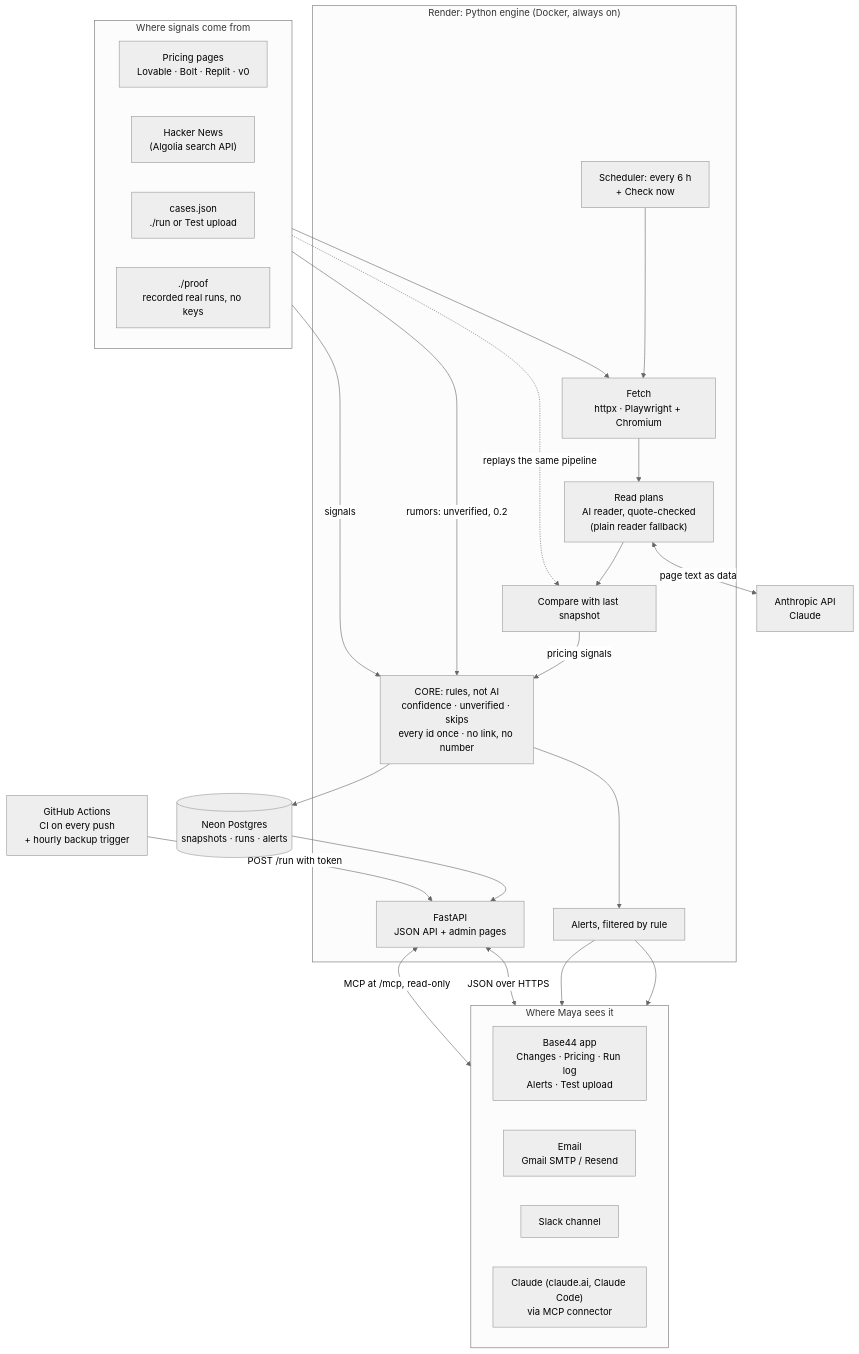
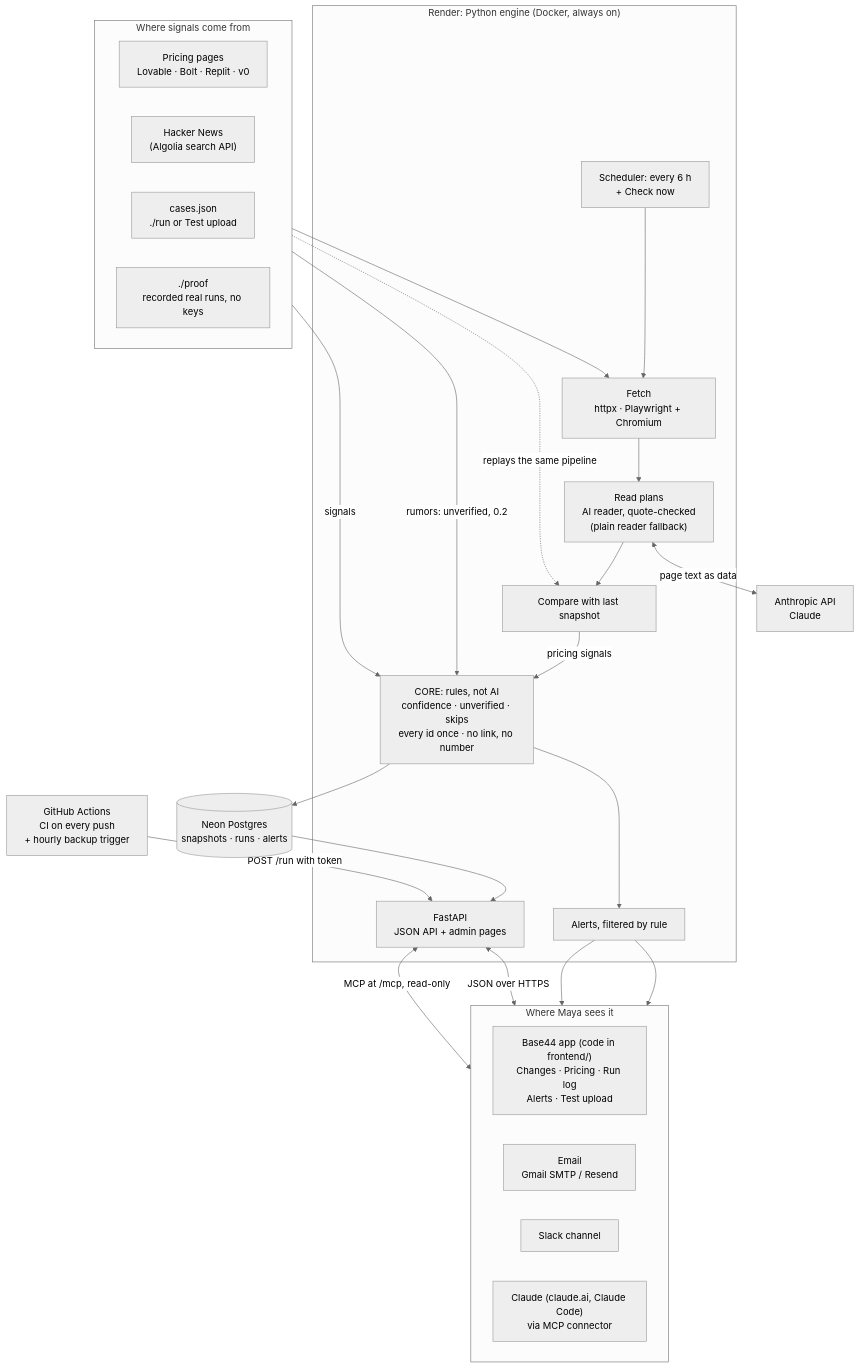
The second of 2 diagrams in README.md (bermanguy/brightloop-ai-marketing-builder), drawn with Mermaid (neutral theme) before and after one commit. The commit also changed other lines of this file and 142 other files, not shown here.

First line of the commit message:
Add the Base44 front end's code as a snapshot in frontend/ (D39)

````diff
--- a/README.md
+++ b/README.md
@@ -79,45 +79,45 @@
 ```mermaid
 flowchart TB
     subgraph inputs["Where signals come from"]
         direction LR
         pages["Pricing pages<br/>Lovable · Bolt · Replit · v0"]
         hn["Hacker News<br/>(Algolia search API)"]
         cases["cases.json<br/>./run or Test upload"]
         proof["./proof<br/>recorded real runs, no keys"]
     end
 
     subgraph render["Render: Python engine (Docker, always on)"]
         sched["Scheduler: every 6 h<br/>+ Check now"]
         fetch["Fetch<br/>httpx · Playwright + Chromium"]
         read["Read plans<br/>AI reader, quote-checked<br/>(plain reader fallback)"]
         compare["Compare with last snapshot"]
         core["CORE: rules, not AI<br/>confidence · unverified · skips<br/>every id once · no link, no number"]
         notify["Alerts, filtered by rule"]
         api["FastAPI<br/>JSON API + admin pages"]
     end
 
     claude["Anthropic API<br/>Claude"]
     db[("Neon Postgres<br/>snapshots · runs · alerts")]
     gh["GitHub Actions<br/>CI on every push<br/>+ hourly backup trigger"]
 
     subgraph out["Where Maya sees it"]
         direction LR
-        b44["Base44 app<br/>Changes · Pricing · Run log<br/>Alerts · Test upload"]
+        b44["Base44 app (code in frontend/)<br/>Changes · Pricing · Run log<br/>Alerts · Test upload"]
         mail["Email<br/>Gmail SMTP / Resend"]
         slack["Slack channel"]
         ask["Claude (claude.ai, Claude Code)<br/>via MCP connector"]
     end
 
     sched --> fetch
     pages --> fetch --> read --> compare -->|"pricing signals"| core
     read <-->|"page text as data"| claude
     hn -->|"rumors: unverified, 0.2"| core
     cases -->|"signals"| core
     proof -.->|"replays the same pipeline"| compare
     core --> db
     core --> notify --> mail & slack
     db --> api
     api <-->|"JSON over HTTPS"| b44
     api <-->|"MCP at /mcp, read-only"| ask
     gh -->|"POST /run with token"| api
 ```
````
